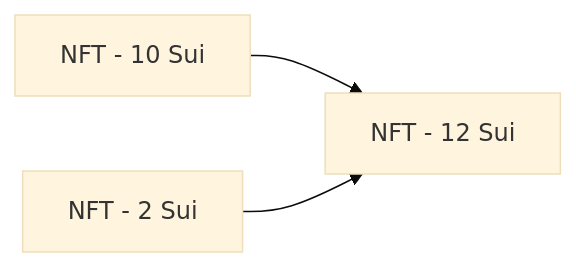
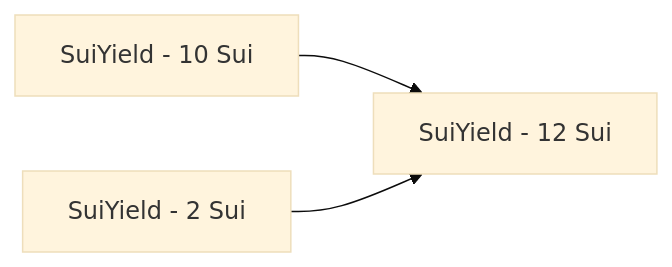
Before and after one commit to interest-protocol/interest-lst: the third of 4 diagrams in README.md, drawn with Mermaid (base theme). The commit also changed other lines of this file, not shown here.

````diff
--- a/README.md
+++ b/README.md
@@ -125,9 +125,9 @@
 ```mermaid
 
 graph LR
 
-A[NFT - 10 Sui] --> C
+A[SuiYield - 10 Sui] --> C
 
-B[NFT - 2 Sui] --> C
-C[NFT - 12 Sui]
+B[SuiYield - 2 Sui] --> C
+C[SuiYield - 12 Sui]
 ```
````
